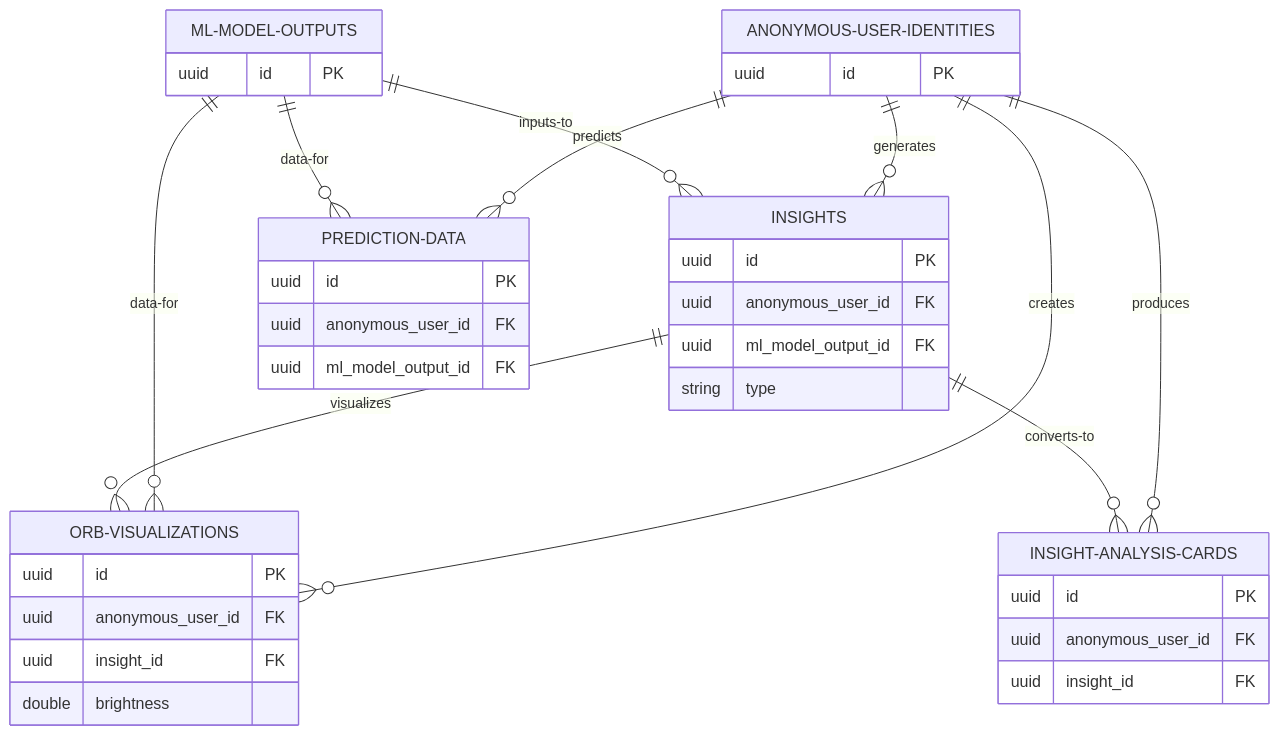
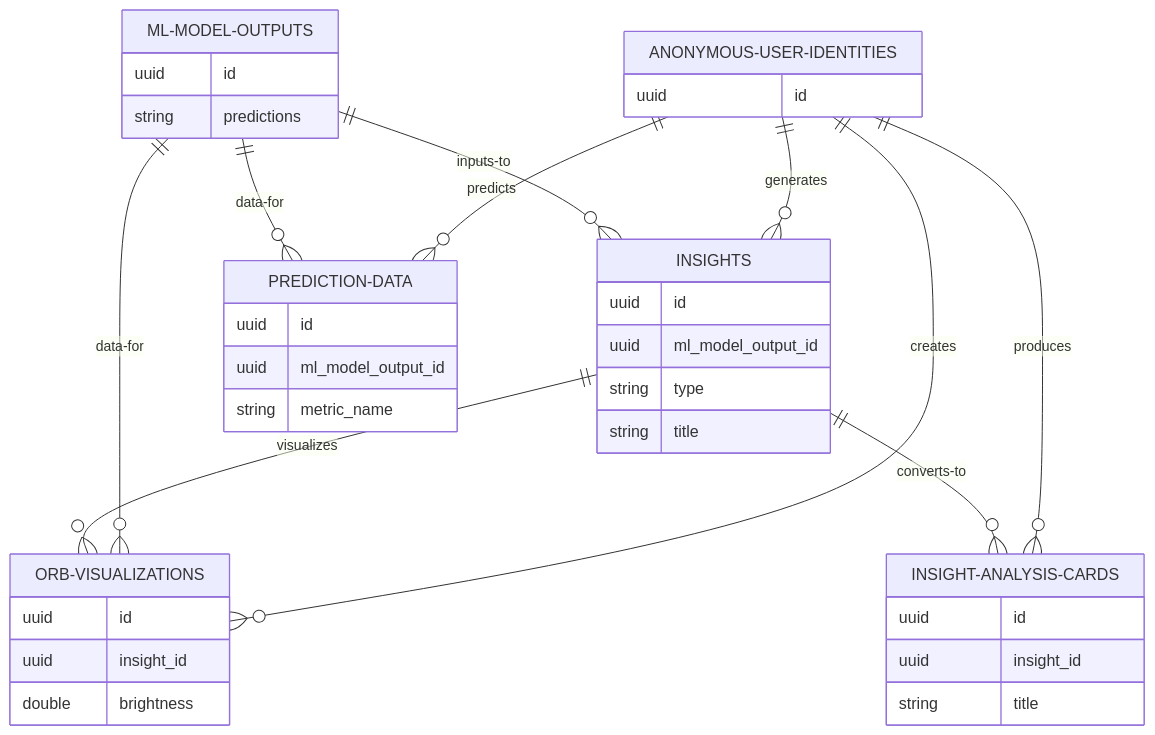
One commit to neomakes/neopip changed the sixth of 8 diagrams in 01_Planning/DATABASE_SCHEMA_MERMAID_ERD.md. Above: the diagram before and after it, drawn with Mermaid. The commit also changed other lines of this file and 1 other file, not shown here.

Commit message:
docs(db): update sql/mermaid ERD and update DB schema design

````diff
--- a/01_Planning/DATABASE_SCHEMA_MERMAID_ERD.md
+++ b/01_Planning/DATABASE_SCHEMA_MERMAID_ERD.md
@@ -634,48 +487,48 @@
 ```mermaid
 erDiagram
     ANONYMOUS-USER-IDENTITIES ||--o{ INSIGHTS : generates
     ANONYMOUS-USER-IDENTITIES ||--o{ ORB-VISUALIZATIONS : creates
     ANONYMOUS-USER-IDENTITIES ||--o{ INSIGHT-ANALYSIS-CARDS : produces
     ANONYMOUS-USER-IDENTITIES ||--o{ PREDICTION-DATA : predicts
     
     ML-MODEL-OUTPUTS ||--o{ INSIGHTS : "inputs-to"
     ML-MODEL-OUTPUTS ||--o{ ORB-VISUALIZATIONS : "data-for"
     ML-MODEL-OUTPUTS ||--o{ PREDICTION-DATA : "data-for"
     
     INSIGHTS ||--o{ ORB-VISUALIZATIONS : visualizes
     INSIGHTS ||--o{ INSIGHT-ANALYSIS-CARDS : "converts-to"
 
     ANONYMOUS-USER-IDENTITIES {
-        uuid id PK
+        uuid id
     }
 
     ML-MODEL-OUTPUTS {
-        uuid id PK
+        uuid id
+        string predictions
     }
 
     INSIGHTS {
-        uuid id PK
-        uuid anonymous_user_id FK
-        uuid ml_model_output_id FK
+        uuid id
+        uuid ml_model_output_id
         string type
+        string title
     }
 
     ORB-VISUALIZATIONS {
-        uuid id PK
-        uuid anonymous_user_id FK
-        uuid insight_id FK
+        uuid id
+        uuid insight_id
         double brightness
     }
 
     INSIGHT-ANALYSIS-CARDS {
-        uuid id PK
-        uuid anonymous_user_id FK
-        uuid insight_id FK
+        uuid id
+        uuid insight_id
+        string title
     }
 
     PREDICTION-DATA {
-        uuid id PK
-        uuid anonymous_user_id FK
-        uuid ml_model_output_id FK
+        uuid id
+        uuid ml_model_output_id
+        string metric_name
     }
 ```
````
